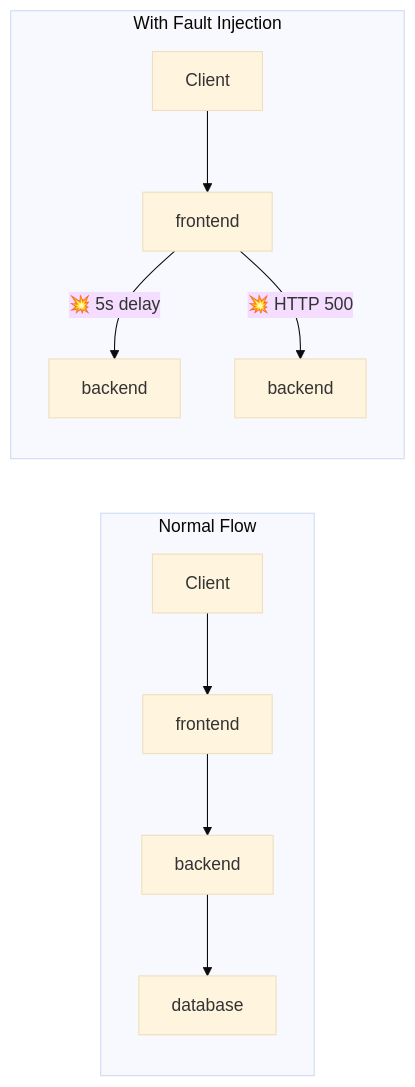
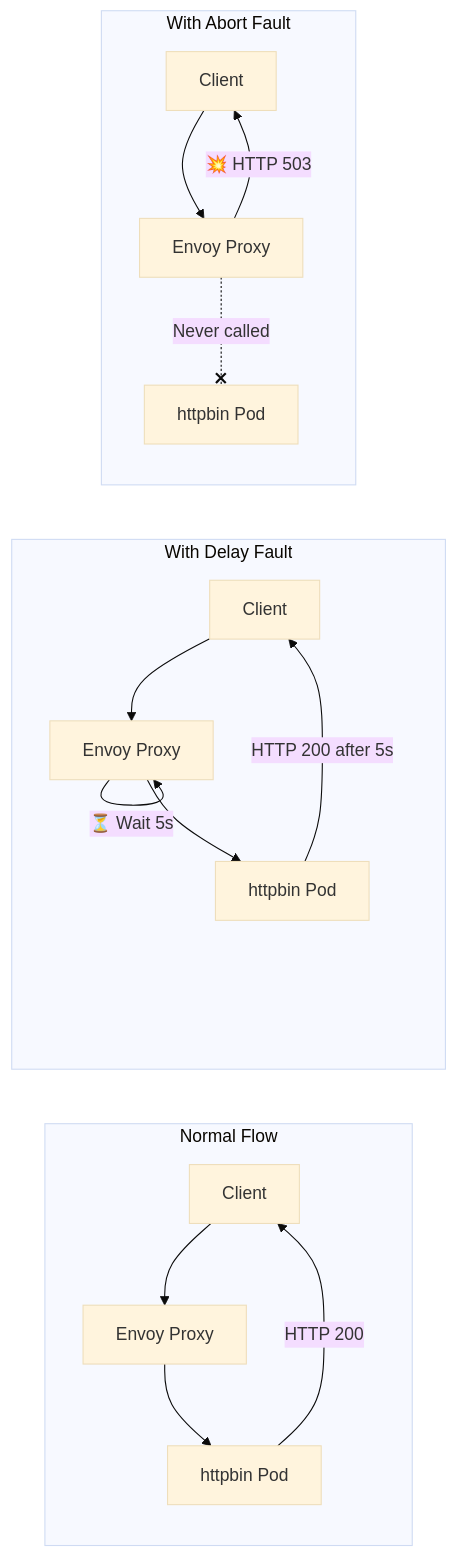
One commit to selvakumarperumal/istio_learn changed the diagram in examples/02-fault-injection/README.md. Above: the diagram before and after it, drawn with Mermaid (base theme). The commit also changed other lines of this file and 94 other files, not shown here.

````diff
--- a/examples/02-fault-injection/README.md
+++ b/examples/02-fault-injection/README.md
@@ -8,14 +31,21 @@
 ```mermaid
 flowchart LR
     subgraph "Normal Flow"
-        A[Client] --> B[frontend]
-        B --> C[backend]
-        C --> D[database]
+        A[Client] --> B[Envoy Proxy]
+        B --> C[httpbin Pod]
+        C -->|HTTP 200| A
     end
-    
-    subgraph "With Fault Injection"
-        A2[Client] --> B2[frontend]
-        B2 -->|"💥 5s delay"| C2[backend]
-        B2 -->|"💥 HTTP 500"| C3[backend]
+
+    subgraph "With Delay Fault"
+        A2[Client] --> B2[Envoy Proxy]
+        B2 -->|"⏳ Wait 5s"| B2
+        B2 --> C2[httpbin Pod]
+        C2 -->|HTTP 200 after 5s| A2
+    end
+
+    subgraph "With Abort Fault"
+        A3[Client] --> B3[Envoy Proxy]
+        B3 -->|"💥 HTTP 503"| A3
+        B3 -.-x|"Never called"| C3[httpbin Pod]
     end
 ```
````
